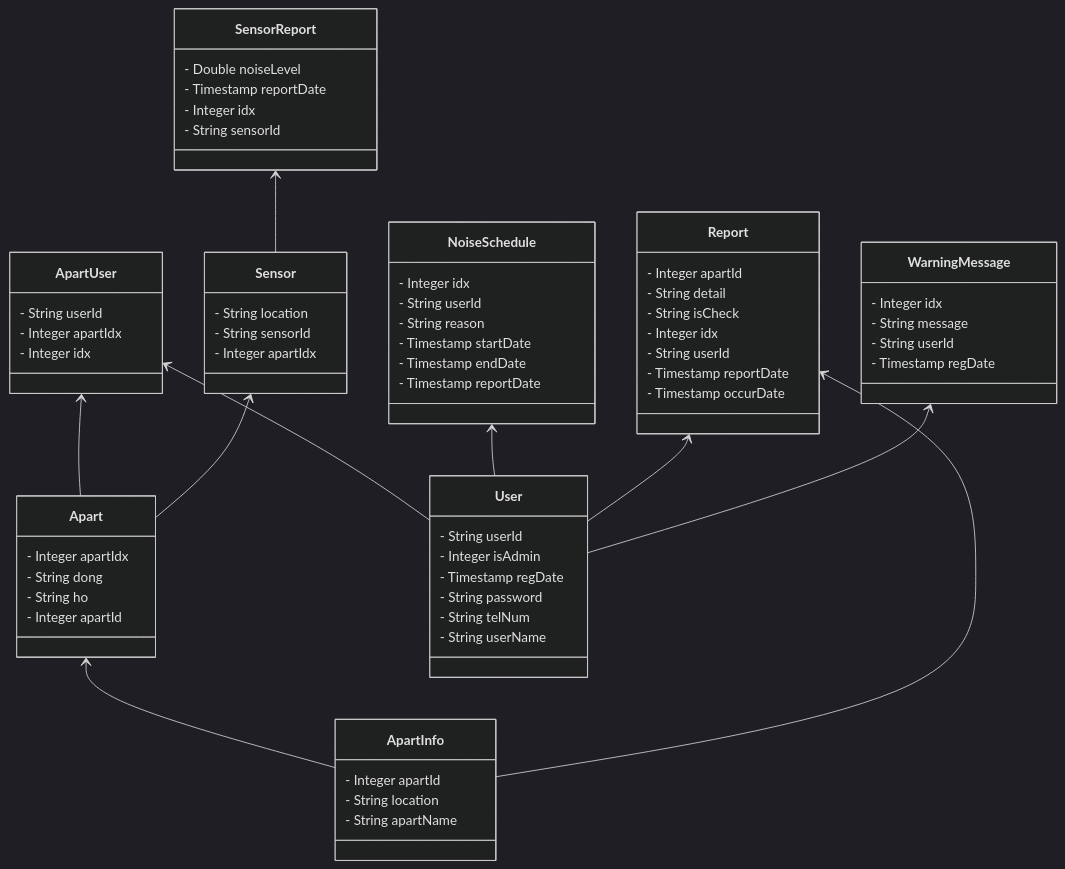
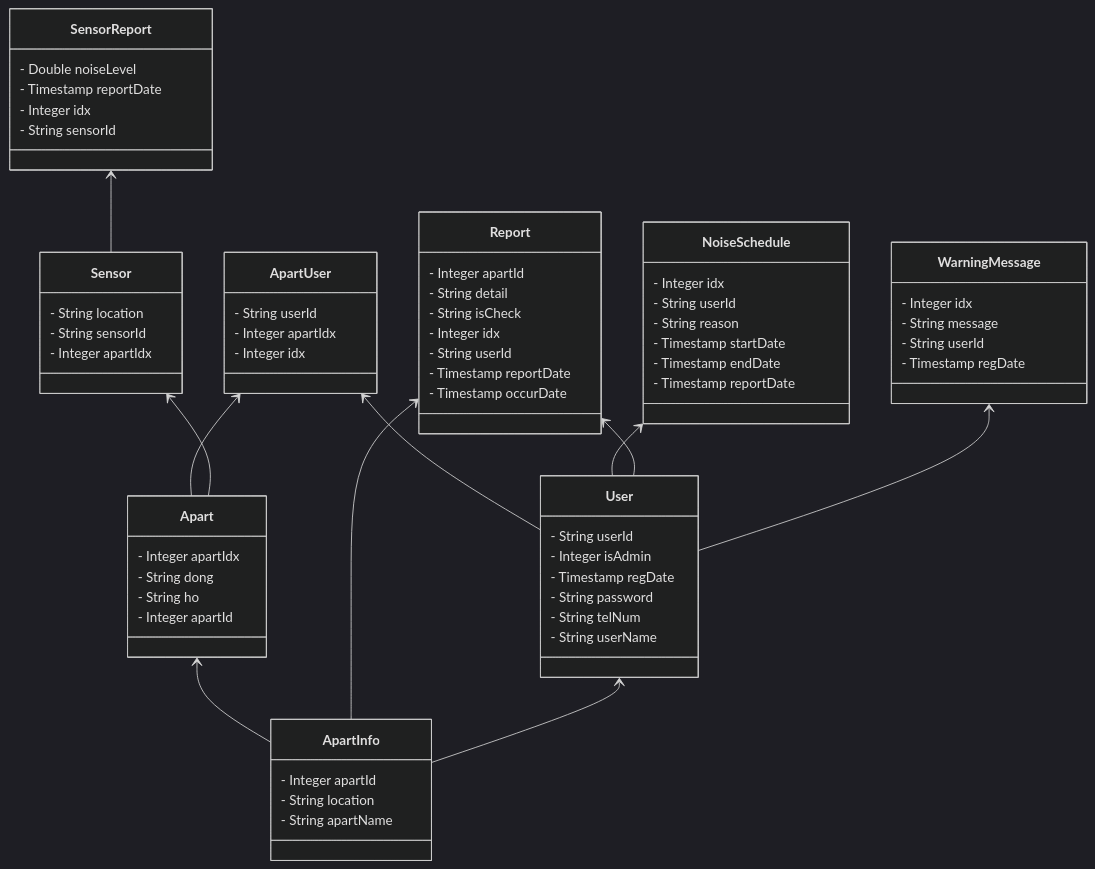
One commit to scian0204/DoranDoran-backend changed the diagram in readme.md. Above: the diagram before and after it, drawn with Mermaid (dark theme).

Commit message:
Edit readme.md
클래스다이어그램 수정

````diff
--- a/readme.md
+++ b/readme.md
@@ -119,72 +119,73 @@
 ``` mermaid
 classDiagram
 direction BT
 class Apart {
 - Integer apartIdx
 - String dong
 - String ho
 - Integer apartId
   }
   class ApartInfo {
 - Integer apartId
 - String location
 - String apartName
   }
   class ApartUser {
 - String userId
 - Integer apartIdx
 - Integer idx
   }
   class NoiseSchedule {
 - Integer idx
 - String userId
 - String reason
 - Timestamp startDate
 - Timestamp endDate
 - Timestamp reportDate
   }
   class Report {
 - Integer apartId
 - String detail
 - String isCheck
 - Integer idx
 - String userId
 - Timestamp reportDate
 - Timestamp occurDate
   }
   class Sensor {
 - String location
 - String sensorId
 - Integer apartIdx
   }
   class SensorReport {
 - Double noiseLevel
 - Timestamp reportDate
 - Integer idx
 - String sensorId
   }
   class User {
 - String userId
 - Integer isAdmin
 - Timestamp regDate
 - String password
 - String telNum
 - String userName
   }
   class WarningMessage {
 - Integer idx
 - String message
 - String userId
 - Timestamp regDate
   }
 
 Apart  -->  ApartUser
 Apart  -->  Sensor
 ApartInfo  -->  Apart
 ApartInfo  -->  Report
 Sensor  -->  SensorReport
 User  -->  ApartUser
 User  -->  NoiseSchedule
 User  -->  Report
 User  -->  WarningMessage
+ApartInfo --> User
 ```
````
